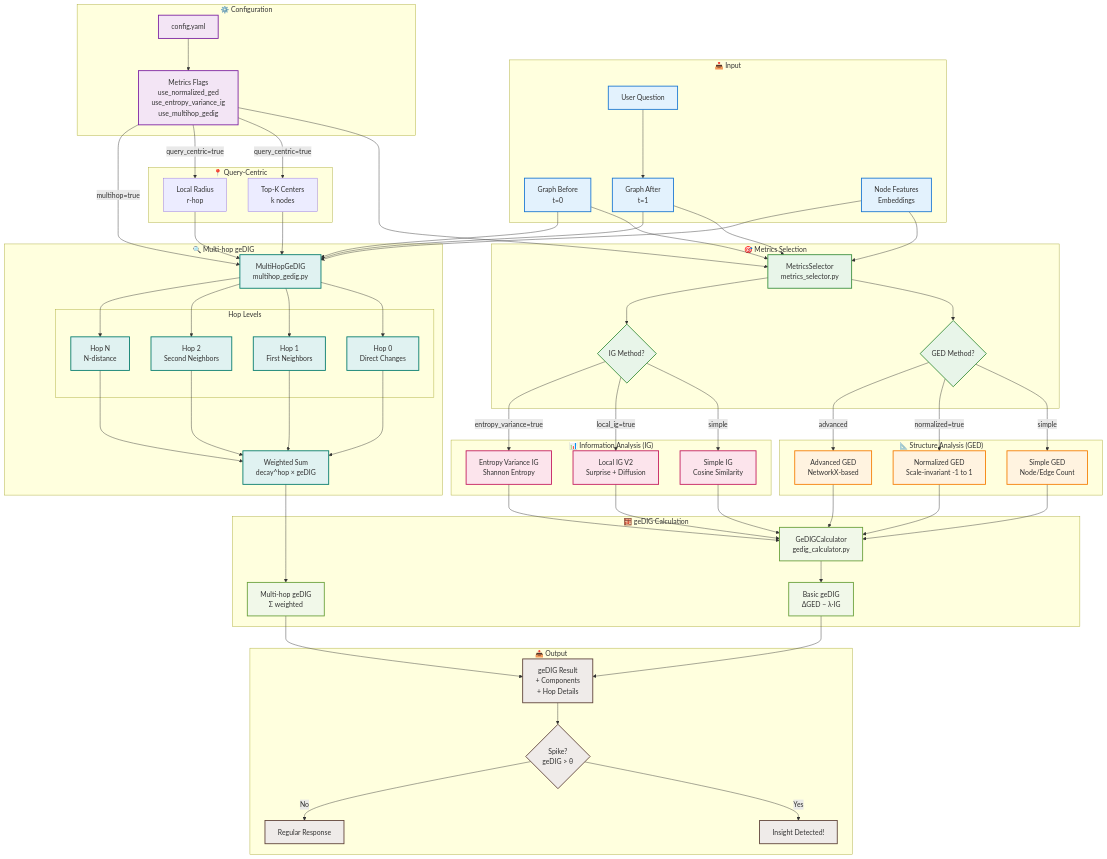
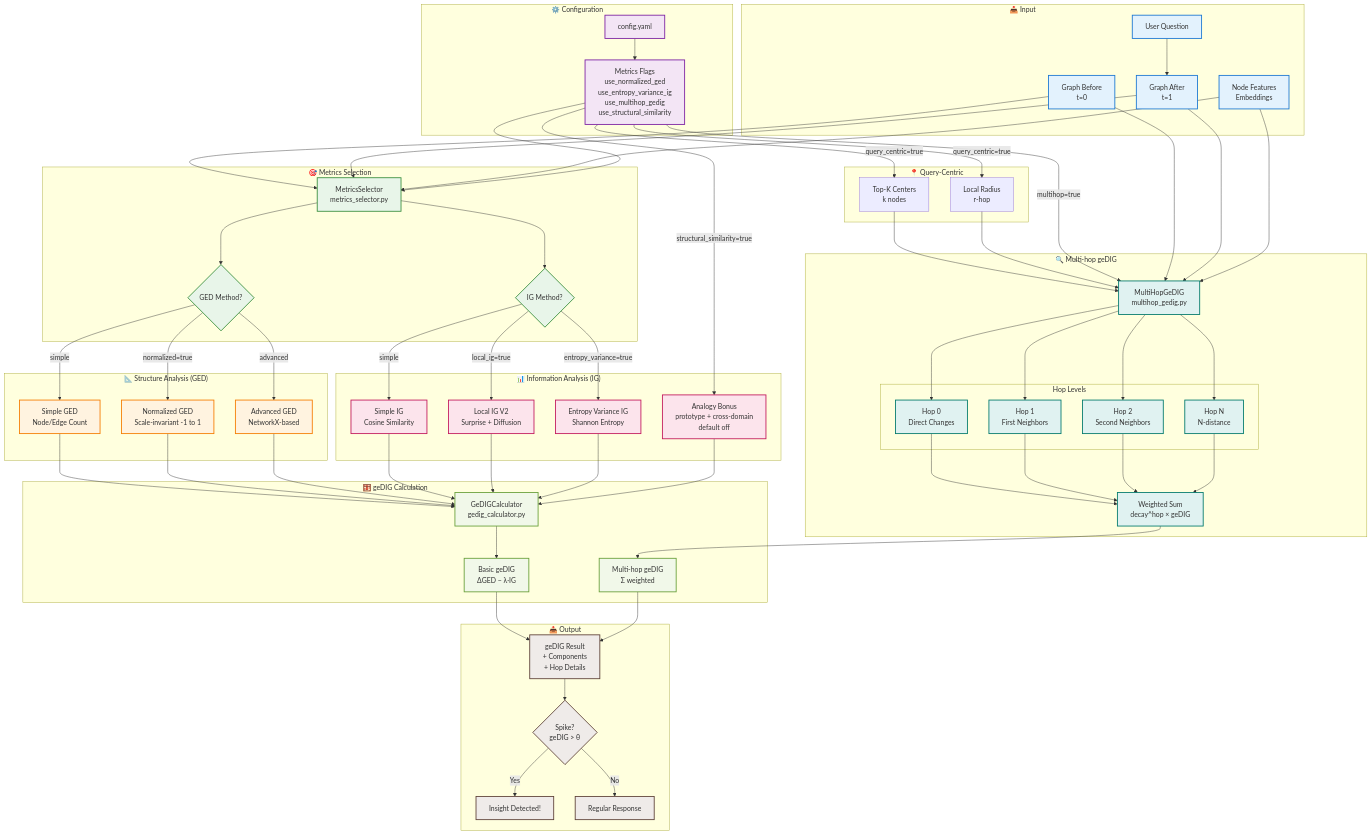
The diagram in docs/diagrams/ADVANCED_METRICS_FLOW.mermaid (docxology/InsightSpike-AI), drawn with Mermaid before and after one commit. The commit also changed 6 other files, not shown here.

Commit message:
Update docs and diagrams for analogy bonus defaults

```diff
--- a/docs/diagrams/ADVANCED_METRICS_FLOW.mermaid
+++ b/docs/diagrams/ADVANCED_METRICS_FLOW.mermaid
@@ -1,152 +1,155 @@
 %% Advanced Metrics System Flow (2025-01)
 %% Shows how new metrics integrate into the geDIG calculation pipeline
 
 flowchart TB
     %% Input Layer
     subgraph "📥 Input"
         Question[User Question]
         GraphBefore[Graph Before<br/>t=0]
         GraphAfter[Graph After<br/>t=1]
         Features[Node Features<br/>Embeddings]
     end
     
     %% Configuration
     subgraph "⚙️ Configuration"
         ConfigYAML[config.yaml]
-        MetricsFlags[Metrics Flags<br/>use_normalized_ged<br/>use_entropy_variance_ig<br/>use_multihop_gedig]
+        MetricsFlags[Metrics Flags<br/>use_normalized_ged<br/>use_entropy_variance_ig<br/>use_multihop_gedig<br/>use_structural_similarity]
     end
     
     %% Metrics Selector
     subgraph "🎯 Metrics Selection"
         MetricsSelector[MetricsSelector<br/>metrics_selector.py]
         GEDMethod{GED Method?}
         IGMethod{IG Method?}
     end
     
     %% GED Calculations
     subgraph "📐 Structure Analysis (GED)"
         SimpleGED[Simple GED<br/>Node/Edge Count]
         NormalizedGED[Normalized GED<br/>Scale-invariant -1 to 1]
         AdvancedGED[Advanced GED<br/>NetworkX-based]
     end
     
     %% IG Calculations
     subgraph "📊 Information Analysis (IG)"
         SimpleIG[Simple IG<br/>Cosine Similarity]
         LocalIGV2[Local IG V2<br/>Surprise + Diffusion]
         EntropyVarianceIG[Entropy Variance IG<br/>Shannon Entropy]
+        AnalogyBonus[Analogy Bonus<br/>prototype + cross-domain<br/>default off]
     end
     
     %% Query-Centric & Multi-hop Analysis
     subgraph "🔍 Multi-hop geDIG"
         MultiHopCalc[MultiHopGeDIG<br/>multihop_gedig.py]
         
         subgraph "Hop Levels"
             Hop0[Hop 0<br/>Direct Changes]
             Hop1[Hop 1<br/>First Neighbors]
             Hop2[Hop 2<br/>Second Neighbors]
             HopN[Hop N<br/>N-distance]
         end
         
         WeightedSum[Weighted Sum<br/>decay^hop × geDIG]
     end
 
     %% Query-centric local evaluation
     subgraph "📍 Query-Centric"
         QueryCenters[Top-K Centers<br/>k nodes]
         QueryRadius[Local Radius<br/>r-hop]
     end
     
     %% geDIG Calculator
     subgraph "🧮 geDIG Calculation"
         GeDIGCalc[GeDIGCalculator<br/>gedig_calculator.py]
         BasicGeDIG[Basic geDIG<br/>ΔGED − λ·IG]
         MultiHopGeDIG[Multi-hop geDIG<br/>Σ weighted]
     end
     
     %% Output
     subgraph "📤 Output"
         Result[geDIG Result<br/>+ Components<br/>+ Hop Details]
         SpikeDetection{Spike?<br/>geDIG > θ}
         Insight[Insight Detected!]
         NoInsight[Regular Response]
     end
     
     %% Flow connections
     Question --> GraphAfter
     GraphBefore --> MetricsSelector
     GraphAfter --> MetricsSelector
     Features --> MetricsSelector
     
     ConfigYAML --> MetricsFlags
     MetricsFlags --> MetricsSelector
+    MetricsFlags -->|structural_similarity=true| AnalogyBonus
     
     MetricsSelector --> GEDMethod
     MetricsSelector --> IGMethod
     
     %% GED routing
     GEDMethod -->|simple| SimpleGED
     GEDMethod -->|normalized=true| NormalizedGED
     GEDMethod -->|advanced| AdvancedGED
     
     %% IG routing
     IGMethod -->|simple| SimpleIG
     IGMethod -->|local_ig=true| LocalIGV2
     IGMethod -->|entropy_variance=true| EntropyVarianceIG
     
     %% All paths lead to calculator
     SimpleGED --> GeDIGCalc
     NormalizedGED --> GeDIGCalc
     AdvancedGED --> GeDIGCalc
     SimpleIG --> GeDIGCalc
     LocalIGV2 --> GeDIGCalc
     EntropyVarianceIG --> GeDIGCalc
+    AnalogyBonus --> GeDIGCalc
     
     %% Multi-hop branch
     MetricsFlags -->|query_centric=true| QueryCenters
     MetricsFlags -->|query_centric=true| QueryRadius
     QueryCenters --> MultiHopCalc
     QueryRadius --> MultiHopCalc
     MetricsFlags -->|multihop=true| MultiHopCalc
     GraphBefore --> MultiHopCalc
     GraphAfter --> MultiHopCalc
     Features --> MultiHopCalc
     
     MultiHopCalc --> Hop0
     MultiHopCalc --> Hop1
     MultiHopCalc --> Hop2
     MultiHopCalc --> HopN
     
     Hop0 --> WeightedSum
     Hop1 --> WeightedSum
     Hop2 --> WeightedSum
     HopN --> WeightedSum
     
     %% Final calculation
     GeDIGCalc --> BasicGeDIG
     WeightedSum --> MultiHopGeDIG
     BasicGeDIG --> Result
     MultiHopGeDIG --> Result
     
     Result --> SpikeDetection
     SpikeDetection -->|Yes| Insight
     SpikeDetection -->|No| NoInsight
     
     %% Styling
     classDef input fill:#e3f2fd,stroke:#1976d2,stroke-width:2px
     classDef config fill:#f3e5f5,stroke:#7b1fa2,stroke-width:2px
     classDef selector fill:#e8f5e9,stroke:#388e3c,stroke-width:2px
     classDef ged fill:#fff3e0,stroke:#f57c00,stroke-width:2px
     classDef ig fill:#fce4ec,stroke:#c2185b,stroke-width:2px
     classDef multihop fill:#e0f2f1,stroke:#00796b,stroke-width:2px
     classDef calc fill:#f1f8e9,stroke:#689f38,stroke-width:2px
     classDef output fill:#efebe9,stroke:#5d4037,stroke-width:2px
     
     class Question,GraphBefore,GraphAfter,Features input
     class ConfigYAML,MetricsFlags config
     class MetricsSelector,GEDMethod,IGMethod selector
     class SimpleGED,NormalizedGED,AdvancedGED ged
-    class SimpleIG,LocalIGV2,EntropyVarianceIG ig
+    class SimpleIG,LocalIGV2,EntropyVarianceIG,AnalogyBonus ig
     class MultiHopCalc,Hop0,Hop1,Hop2,HopN,WeightedSum multihop
     class GeDIGCalc,BasicGeDIG,MultiHopGeDIG calc
     class Result,SpikeDetection,Insight,NoInsight output
```
